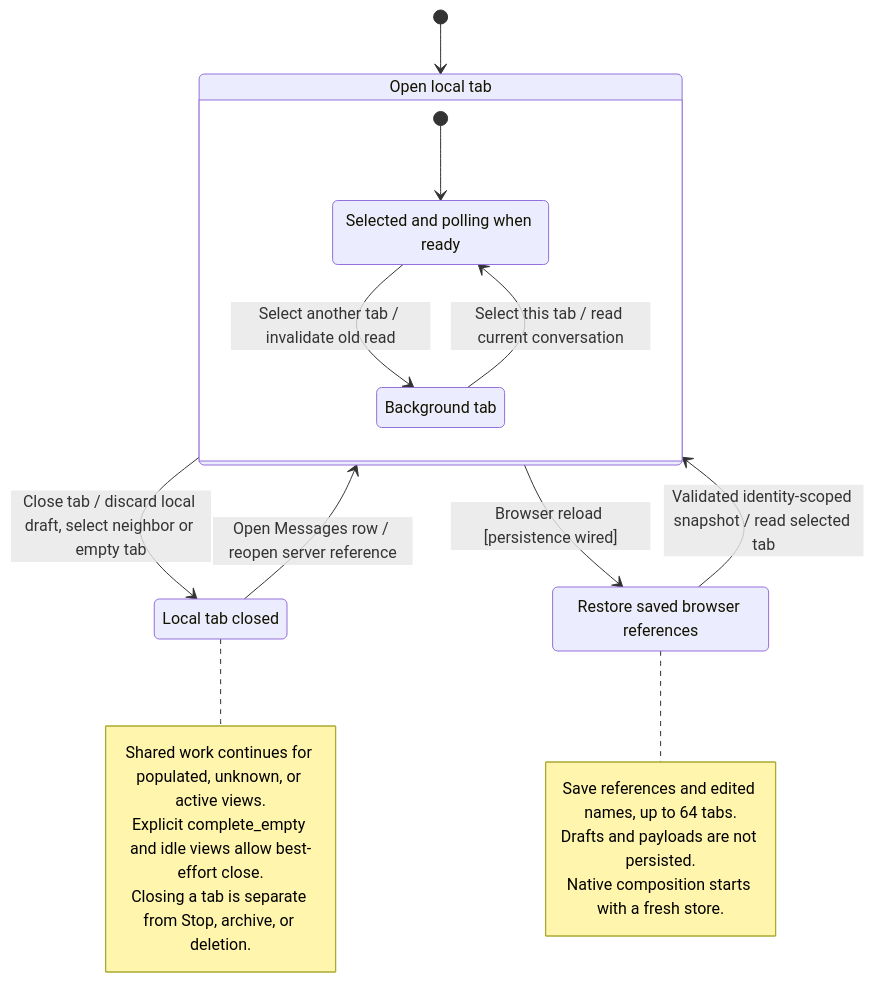
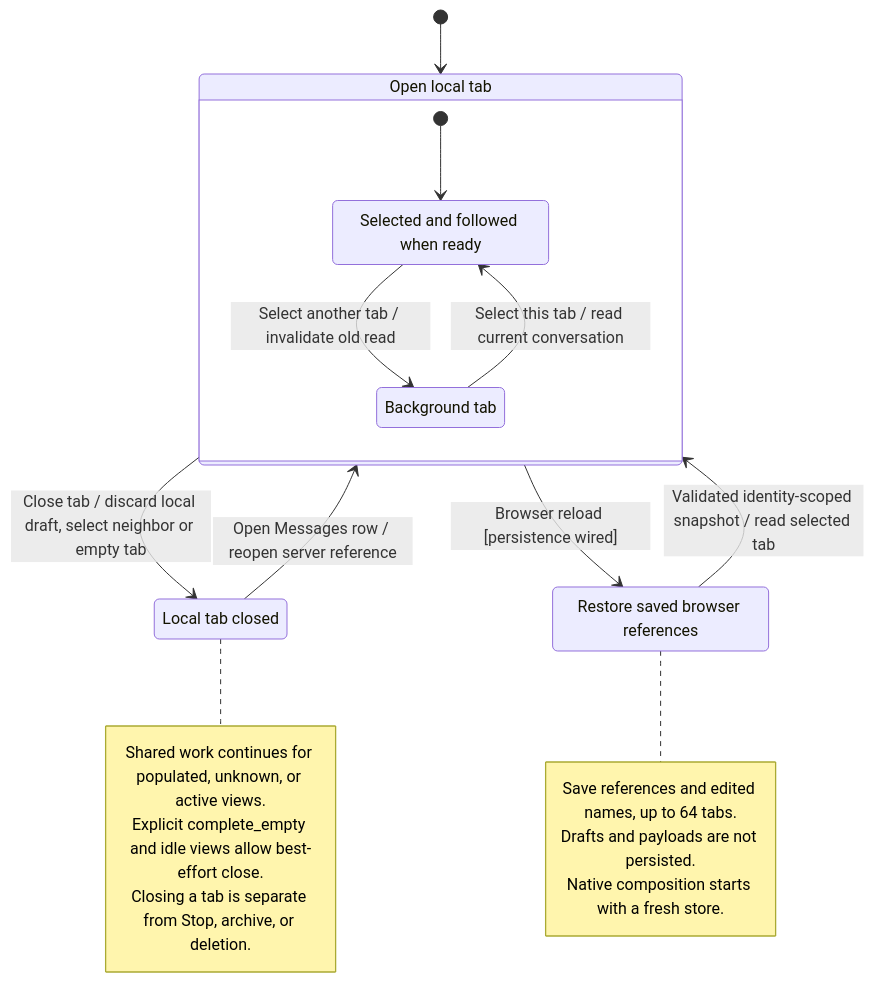
Before and after one commit to nessalabs/nessa-agent: the diagram in docs/state/services/desktop/chat/close-switch-reopen-and-restore-tabs.md, drawn with Mermaid. The commit also changed 92 other files, not shown here.

````diff
--- a/docs/state/services/desktop/chat/close-switch-reopen-and-restore-tabs.md
+++ b/docs/state/services/desktop/chat/close-switch-reopen-and-restore-tabs.md
@@ -35,27 +35,27 @@
 ```mermaid
 stateDiagram-v2
     state "Open local tab" as Open {
         [*] --> Selected
-        state "Selected and polling when ready" as Selected
+        state "Selected and followed when ready" as Selected
         state "Background tab" as Background
         Selected --> Background: Select another tab / invalidate old read
         Background --> Selected: Select this tab / read current conversation
     }
     state "Local tab closed" as Closed
     state "Restore saved browser references" as Restoring
     [*] --> Open
     Open --> Closed: Close tab / discard local draft, select neighbor or empty tab
     Closed --> Open: Open Messages row / reopen server reference
     Open --> Restoring: Browser reload [persistence wired]
     Restoring --> Open: Validated identity-scoped snapshot / read selected tab
     note right of Closed
         Shared work continues for populated, unknown, or active views.
         Explicit complete_empty and idle views allow best-effort close.
         Closing a tab is separate from Stop, archive, or deletion.
     end note
     note right of Restoring
         Save references and edited names, up to 64 tabs.
         Drafts and payloads are not persisted.
         Native composition starts with a fresh store.
     end note
 ```
````
